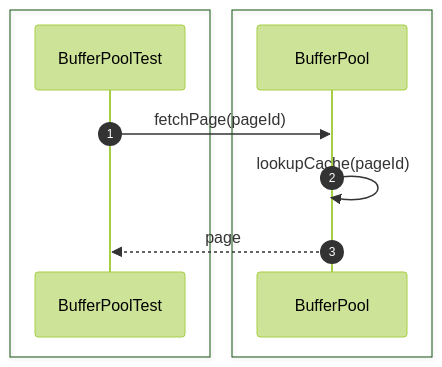
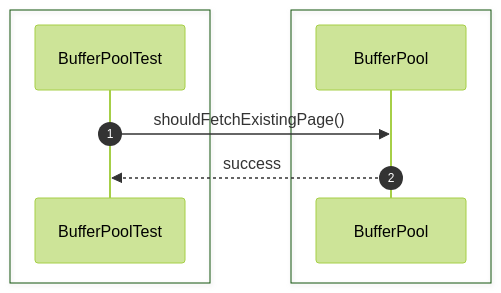
One commit to Huy1801214/dbms-architecture changed the third of 44 diagrams in src/sequence/storage-engine.md. Above: the diagram before and after it, drawn with Mermaid (forest theme). The commit also changed other lines of this file and 68 other files, not shown here.

Commit message:
implement comprehensive unit test suite and architectural sequence documentation

````diff
--- a/src/sequence/storage-engine.md
+++ b/src/sequence/storage-engine.md
@@ -40,15 +36,13 @@
 ```mermaid
 sequenceDiagram
     autonumber
-
     box #e1f5fe Test Suite
     participant Test as BufferPoolTest
     end
-    box #e0f2f1 Storage Components
-    participant Buffer as BufferPool
+    box #e0f2f1 BufferPool Component
+    participant BP as BufferPool
     end
 
-    Test->>Buffer: fetchPage(pageId)
-    Buffer->>Buffer: lookupCache(pageId)
-    Buffer-->>Test: page
+    Test->>BP: shouldFetchExistingPage()
+    BP-->>Test: success
 ```
````
